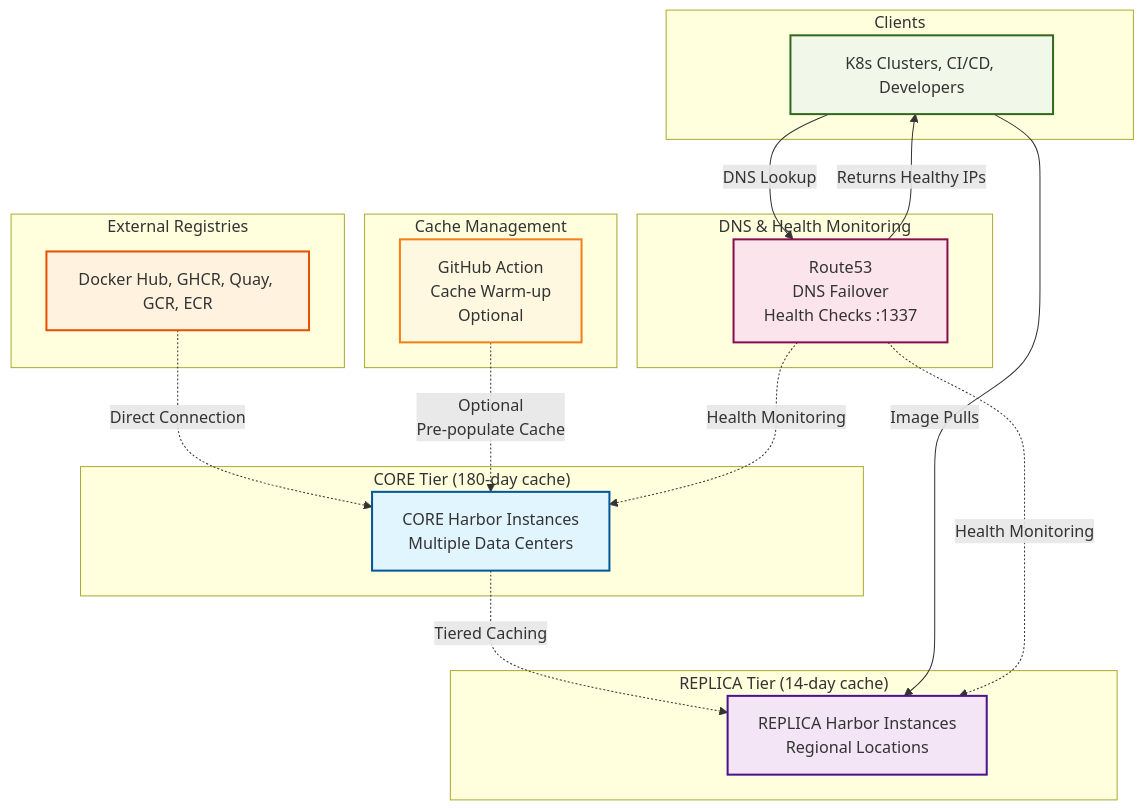
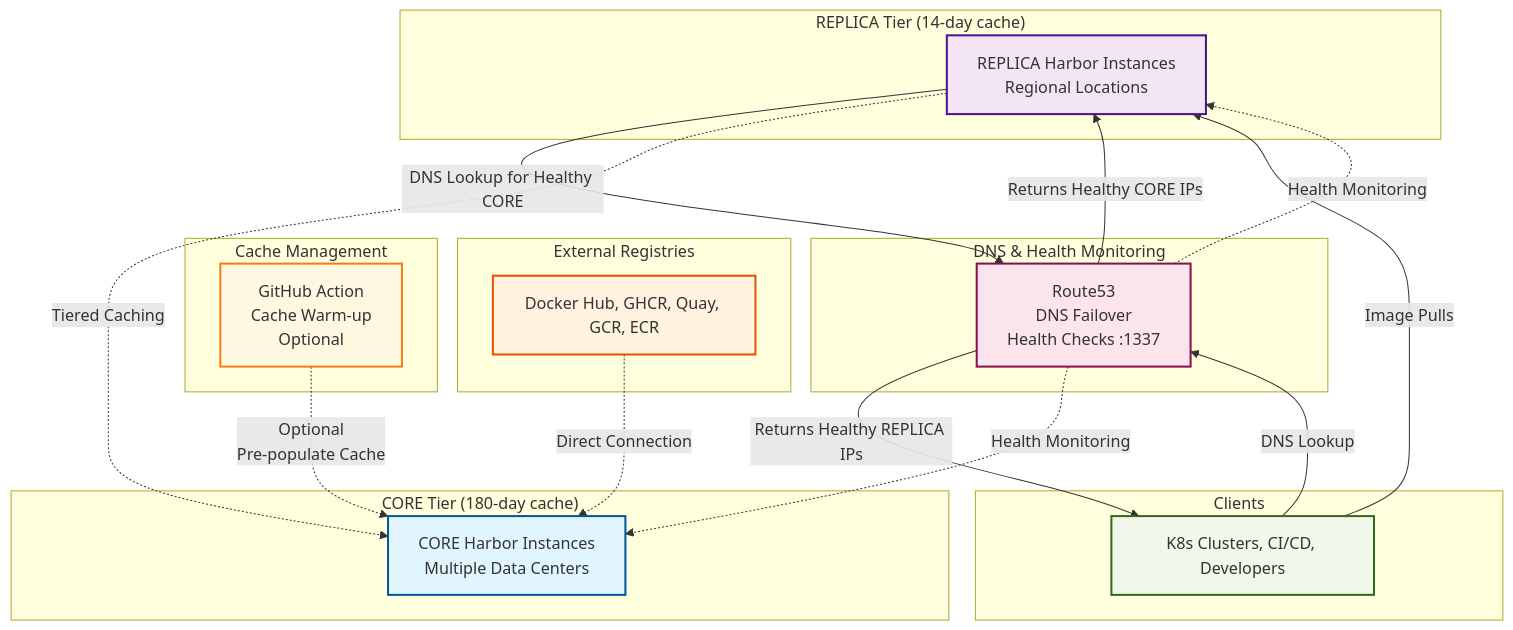
The first of 3 diagrams in README.md (GlueOps/aio-harbor-registry-cache), drawn with Mermaid before and after one commit.

````diff
--- a/README.md
+++ b/README.md
@@ -12,49 +12,51 @@
 ```mermaid
 graph TB
     subgraph "External Registries"
         Upstream[Docker Hub, GHCR, Quay, GCR, ECR]
     end
     
     subgraph "CORE Tier (180-day cache)"
         Core[CORE Harbor Instances<br/>Multiple Data Centers]
     end
     
     subgraph "REPLICA Tier (14-day cache)"
         Replica[REPLICA Harbor Instances<br/>Regional Locations]
     end
     
     subgraph "Clients"
         Users[K8s Clusters, CI/CD, Developers]
     end
     
     subgraph "Cache Management"
         WarmUp[GitHub Action<br/>Cache Warm-up<br/>Optional]
     end
     
     subgraph "DNS & Health Monitoring"
         Route53[Route53<br/>DNS Failover<br/>Health Checks :1337]
     end
     
     Upstream -.->|Direct Connection| Core
-    Core -.->|Tiered Caching| Replica
+    Replica -->|DNS Lookup for Healthy CORE| Route53
+    Route53 -->|Returns Healthy CORE IPs| Replica
+    Replica -.->|Tiered Caching| Core
     Users -->|DNS Lookup| Route53
-    Route53 -->|Returns Healthy IPs| Users
+    Route53 -->|Returns Healthy REPLICA IPs| Users
     Users -->|Image Pulls| Replica
     WarmUp -.->|Optional<br/>Pre-populate Cache| Core
     Route53 -.->|Health Monitoring| Core
     Route53 -.->|Health Monitoring| Replica
     
     classDef upstream fill:#fff3e0,stroke:#e65100,stroke-width:2px
     classDef core fill:#e1f5fe,stroke:#01579b,stroke-width:2px
     classDef replica fill:#f3e5f5,stroke:#4a148c,stroke-width:2px
     classDef client fill:#f1f8e9,stroke:#33691e,stroke-width:2px
     classDef warmup fill:#fff8e1,stroke:#f57f17,stroke-width:2px
     classDef dns fill:#fce4ec,stroke:#880e4f,stroke-width:2px
     
     class Upstream upstream
     class Core core
     class Replica replica
     class Users client
     class WarmUp warmup
     class Route53 dns
 ```
````
